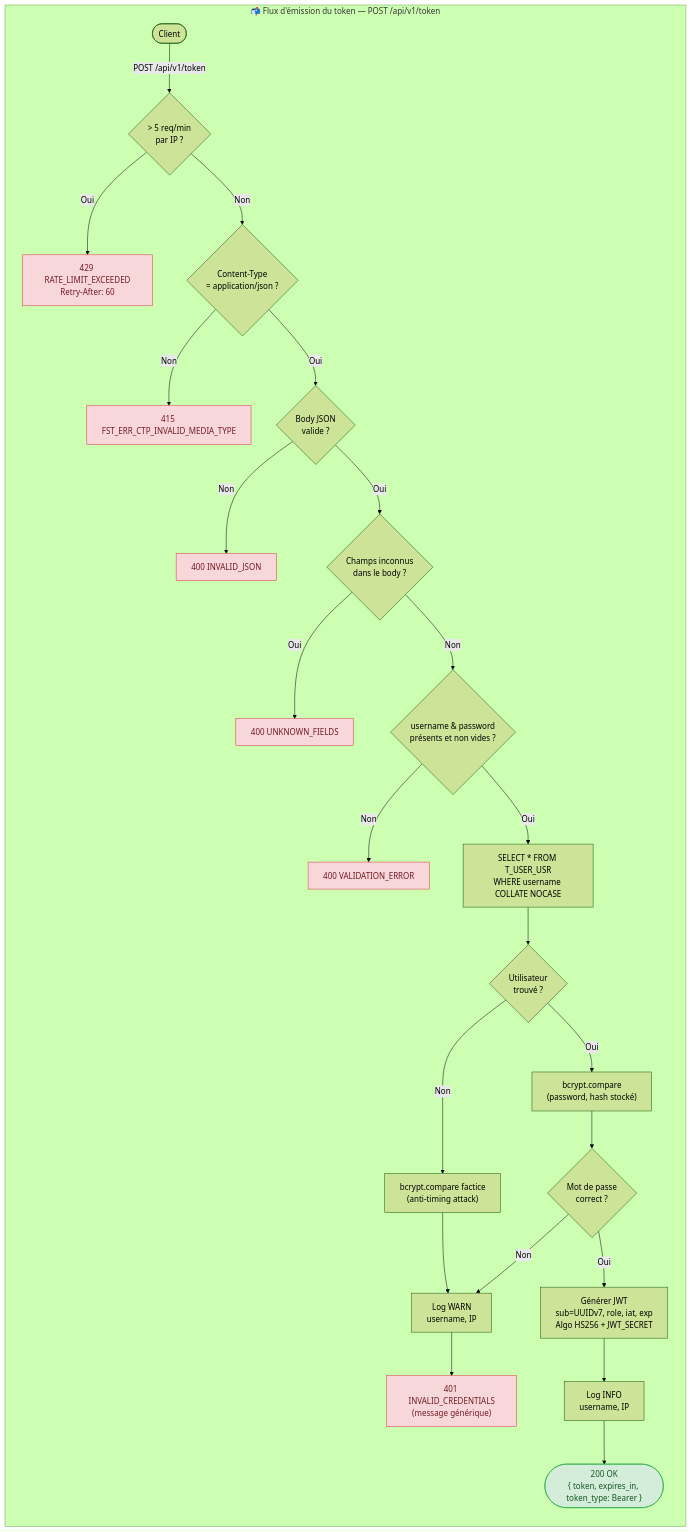
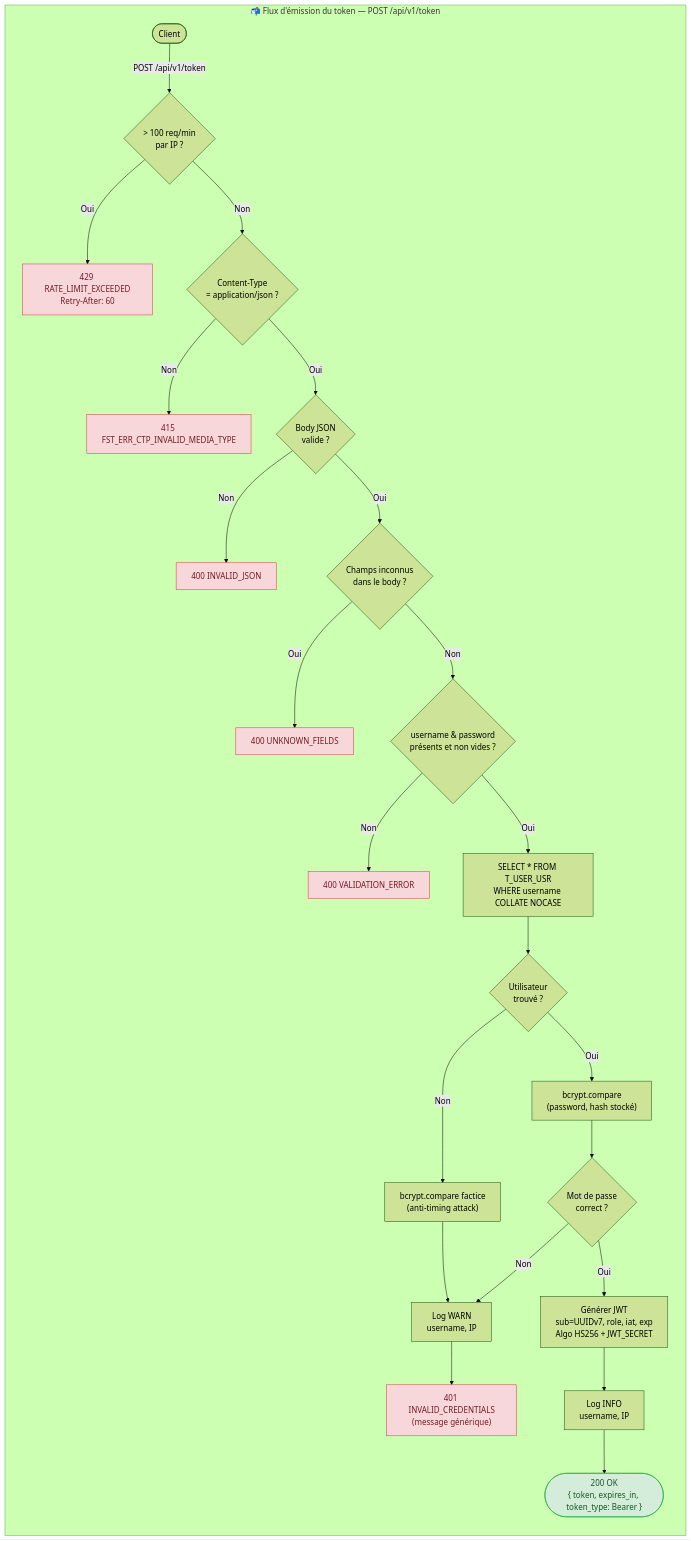
One commit to ODehel/quiz-live-server changed the diagram in docs/specs/diagrams/US-003-authentication-token.mmd. Above: the diagram before and after it, drawn with Mermaid. The commit also changed 5 other files, not shown here.

First line of the commit message:
docs(specs): correct the rate limit in the US-003 diagrams (#202)

```diff
--- a/docs/specs/diagrams/US-003-authentication-token.mmd
+++ b/docs/specs/diagrams/US-003-authentication-token.mmd
@@ -1,32 +1,32 @@
 %%{init: {"theme": "forest", "flowchart": {"curve": "basis"}}}%%
 flowchart TD
     subgraph TOKEN["📬 Flux d'émission du token — POST /api/v1/token"]
         direction TB
         REQ(["Client"]) -->|"POST /api/v1/token"| RL
-        RL{"> 5 req/min\npar IP ?"}
+        RL{"> 100 req/min\npar IP ?"}
         RL -->|"Oui"| E429["429 RATE_LIMIT_EXCEEDED\nRetry-After: 60"]
         RL -->|"Non"| CT{"Content-Type\n= application/json ?"}
         CT -->|"Non"| E415["415 FST_ERR_CTP_INVALID_MEDIA_TYPE"]
         CT -->|"Oui"| J{"Body JSON\nvalide ?"}
         J -->|"Non"| E400a["400 INVALID_JSON"]
         J -->|"Oui"| UF{"Champs inconnus\ndans le body ?"}
         UF -->|"Oui"| E400b["400 UNKNOWN_FIELDS"]
         UF -->|"Non"| FIELDS{"username & password\nprésents et non vides ?"}
         FIELDS -->|"Non"| E400c["400 VALIDATION_ERROR"]
         FIELDS -->|"Oui"| DB["SELECT * FROM T_USER_USR\nWHERE username COLLATE NOCASE"]
         DB --> UEXIST{"Utilisateur\ntrouvé ?"}
         UEXIST -->|"Non"| FAKE["bcrypt.compare factice\n(anti-timing attack)"]
         FAKE --> LOGFAIL["Log WARN\nusername, IP"]
         LOGFAIL --> E401["401 INVALID_CREDENTIALS\n(message générique)"]
         UEXIST -->|"Oui"| BC["bcrypt.compare\n(password, hash stocké)"]
         BC --> MATCH{"Mot de passe\ncorrect ?"}
         MATCH -->|"Non"| LOGFAIL
         MATCH -->|"Oui"| GEN["Générer JWT\nsub=UUIDv7, role, iat, exp\nAlgo HS256 + JWT_SECRET"]
         GEN --> LOGOK["Log INFO\nusername, IP"]
         LOGOK --> OK(["200 OK\n{ token, expires_in, token_type: Bearer }"])
     end
 
     classDef error fill:#f8d7da,stroke:#dc3545,color:#721c24
     classDef success fill:#d4edda,stroke:#28a745,color:#155724
     class E429,E415,E400a,E400b,E400c,E401 error
     class OK success
```
